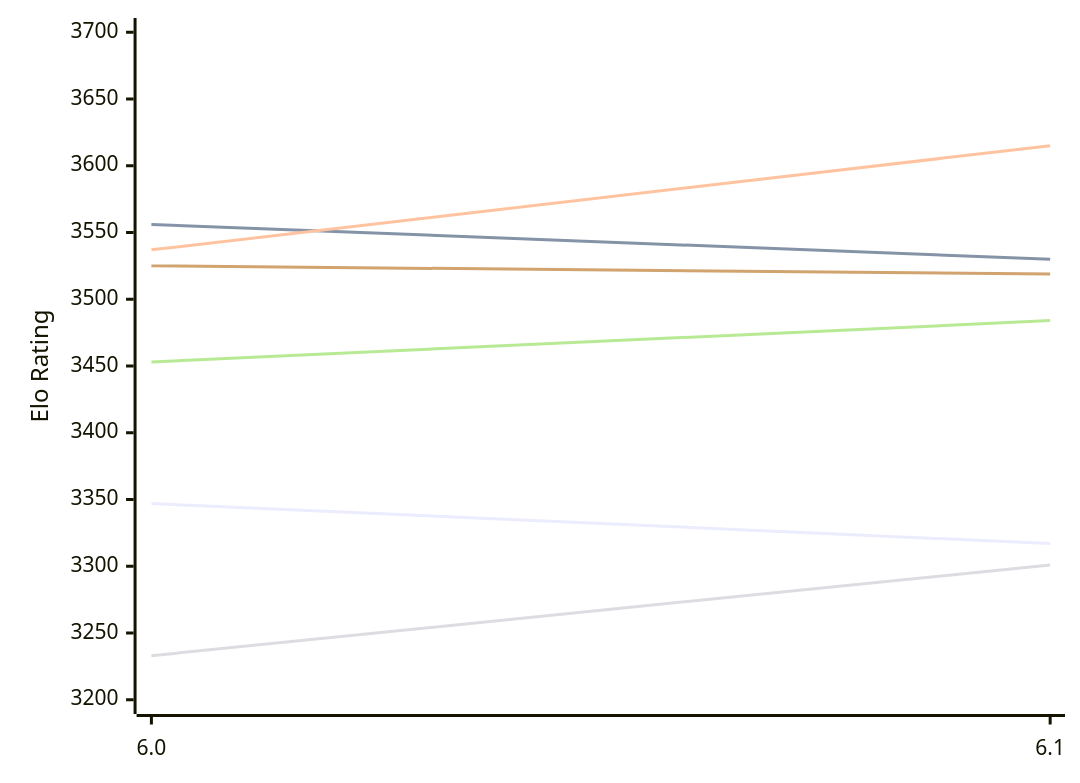
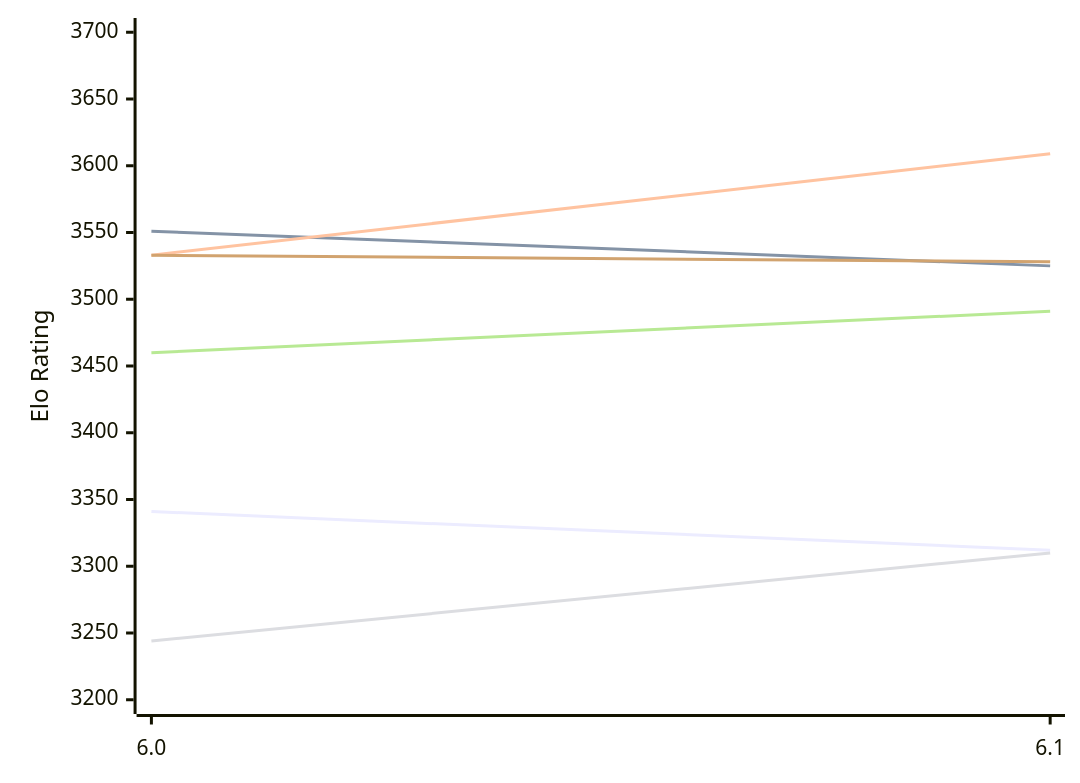
Before and after one commit to computer-chess-index/cci: the first of 2 diagrams in engines/Starzix.md, drawn with Mermaid. The commit also changed other lines of this file, not shown here.

Commit message:
Update CCI Ratings (ELO VLTC) - 2026-11-18

````diff
--- a/engines/Starzix.md
+++ b/engines/Starzix.md
@@ -51,12 +51,12 @@
 ```mermaid
 %%{init: {"theme":"base","themeVariables":{"seriesColors:['#a3a3a3','#222221','#faa371']}}}%%
 xychart-beta
   x-axis ["6.0", "6.1"]
   y-axis "Elo Rating" 3200 --> 3700
-  line "E1: STC (8.0+0.08s)" [3347, 3317]
-  line "E1: LTC (60.0+0.60s)" [3556, 3530]
-  line "E1: VLTC (2m24s+1.12s)" [3537, 3615]
-  line "P1: STC (8.0+0.08s)" [3233, 3301]
-  line "P1: LTC (60.0+0.60s)" [3453, 3484]
-  line "P1: VLTC (2m24s+1.12s)" [3525, 3519]
+  line "E1: STC (8.0+0.08s)" [3341, 3312]
+  line "E1: LTC (60.0+0.60s)" [3551, 3525]
+  line "E1: VLTC (2m24s+1.12s)" [3533, 3609]
+  line "P1: STC (8.0+0.08s)" [3244, 3310]
+  line "P1: LTC (60.0+0.60s)" [3460, 3491]
+  line "P1: VLTC (2m24s+1.12s)" [3533, 3528]
 ```
````
